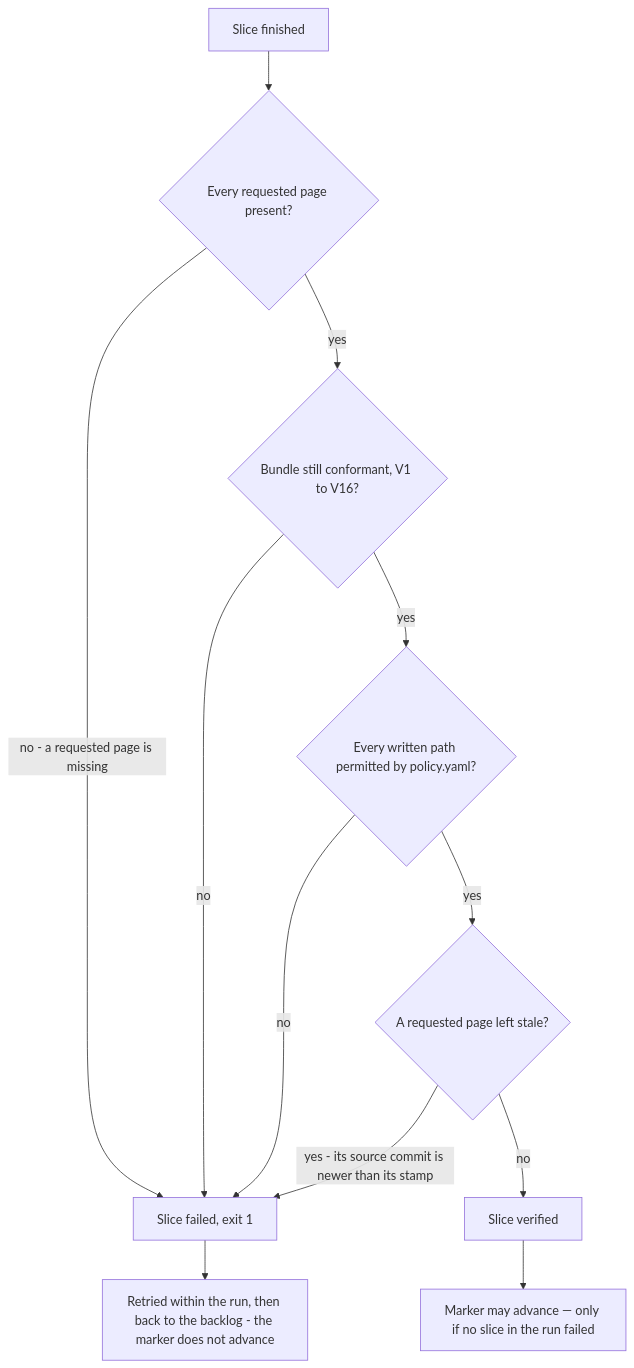
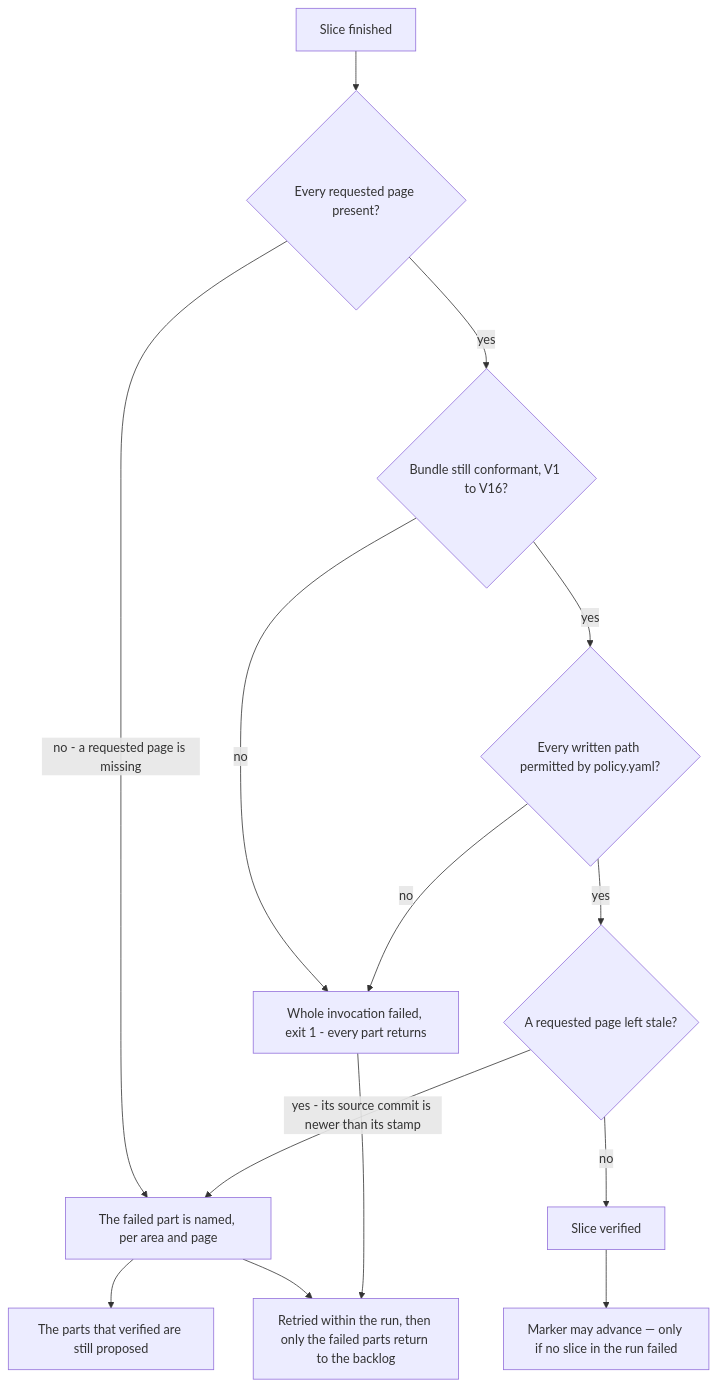
One commit to jumbleknot/MovieCollectionManager changed the second of 2 diagrams in openwiki/runbooks/wiki-maintenance.md. Above: the diagram before and after it, drawn with Mermaid. The commit also changed other lines of this file and 4 other files, not shown here.

````diff
--- a/openwiki/runbooks/wiki-maintenance.md
+++ b/openwiki/runbooks/wiki-maintenance.md
@@ -153,14 +170,16 @@
 ```mermaid
 flowchart TD
     A["Slice finished"] --> B{"Every requested page present?"}
-    B -->|"no - a requested page is missing"| F["Slice failed, exit 1"]
+    B -->|"no - a requested page is missing"| P["The failed part is named, per area and page"]
     B -->|yes| C{"Bundle still conformant, V1 to V16?"}
-    C -->|no| F
+    C -->|no| F["Whole invocation failed, exit 1 - every part returns"]
     C -->|yes| D{"Every written path permitted by policy.yaml?"}
     D -->|no| F
     D -->|yes| E{"A requested page left stale?"}
-    E -->|"yes - its source commit is newer than its stamp"| F
+    E -->|"yes - its source commit is newer than its stamp"| P
     E -->|no| G["Slice verified"]
-    F --> H["Retried within the run, then back to the backlog - the marker does not advance"]
+    P --> K["The parts that verified are still proposed"]
+    P --> H["Retried within the run, then only the failed parts return to the backlog"]
+    F --> H
     G --> I["Marker may advance — only if no slice in the run failed"]
 ```
````
